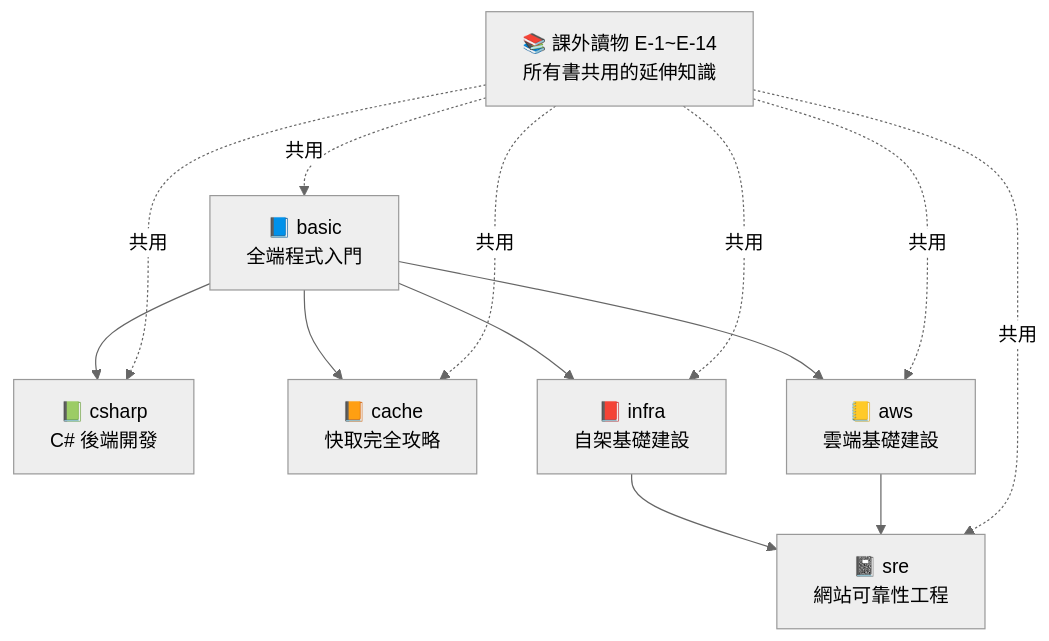
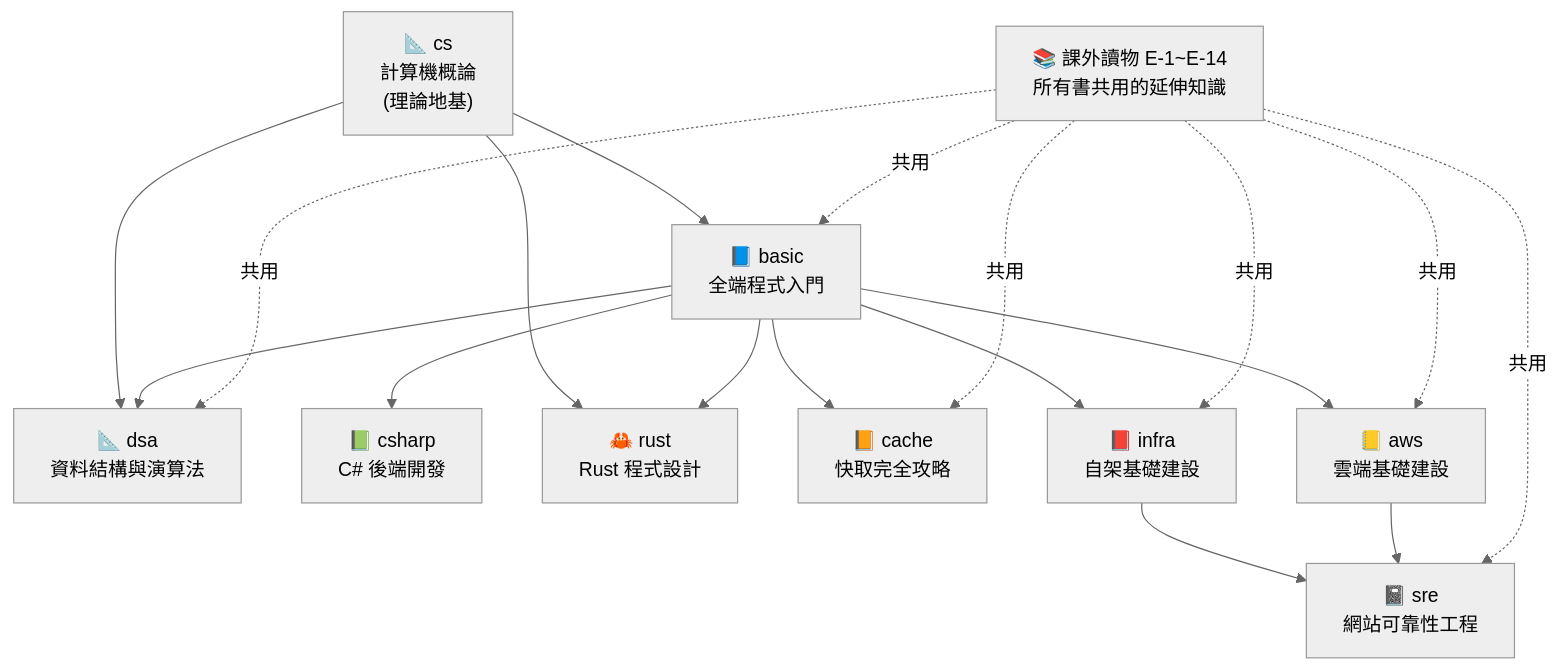
The diagram in README.md (liyibass/programming-tutorial), drawn with Mermaid (neutral theme) before and after one commit. The commit also changed other lines of this file and 56 other files, not shown here.

````diff
--- a/README.md
+++ b/README.md
@@ -12,23 +12,31 @@
 ```mermaid
 graph TB
+    CS["📐 cs<br/>計算機概論<br/>(理論地基)"]
     BASIC["📘 basic<br/>全端程式入門"]
+    DSA["📐 dsa<br/>資料結構與演算法"]
     CSHARP["📗 csharp<br/>C# 後端開發"]
+    RUST["🦀 rust<br/>Rust 程式設計"]
     CACHE["📙 cache<br/>快取完全攻略"]
     INFRA["📕 infra<br/>自架基礎建設"]
     AWS["📒 aws<br/>雲端基礎建設"]
     SRE["📓 sre<br/>網站可靠性工程"]
     EXTRA["📚 課外讀物 E-1~E-14<br/>所有書共用的延伸知識"]
 
+    CS --> BASIC
+    CS --> DSA
+    CS --> RUST
+    BASIC --> DSA
+    BASIC --> RUST
     BASIC --> CSHARP
     BASIC --> CACHE
     BASIC --> INFRA
     BASIC --> AWS
     INFRA --> SRE
     AWS --> SRE
     EXTRA -.共用.-> BASIC
-    EXTRA -.共用.-> CSHARP
+    EXTRA -.共用.-> DSA
     EXTRA -.共用.-> CACHE
     EXTRA -.共用.-> INFRA
     EXTRA -.共用.-> AWS
     EXTRA -.共用.-> SRE
 ```
````
